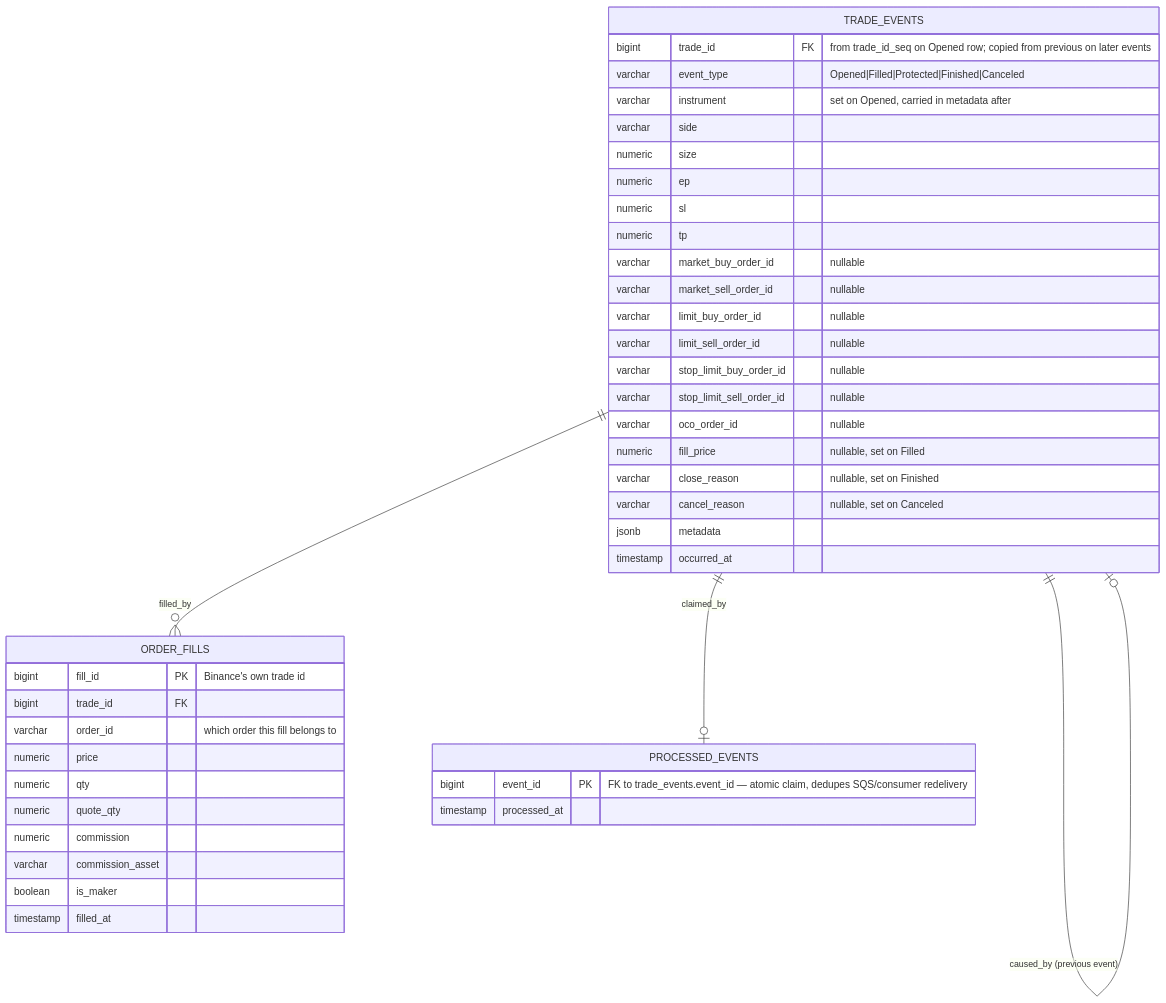
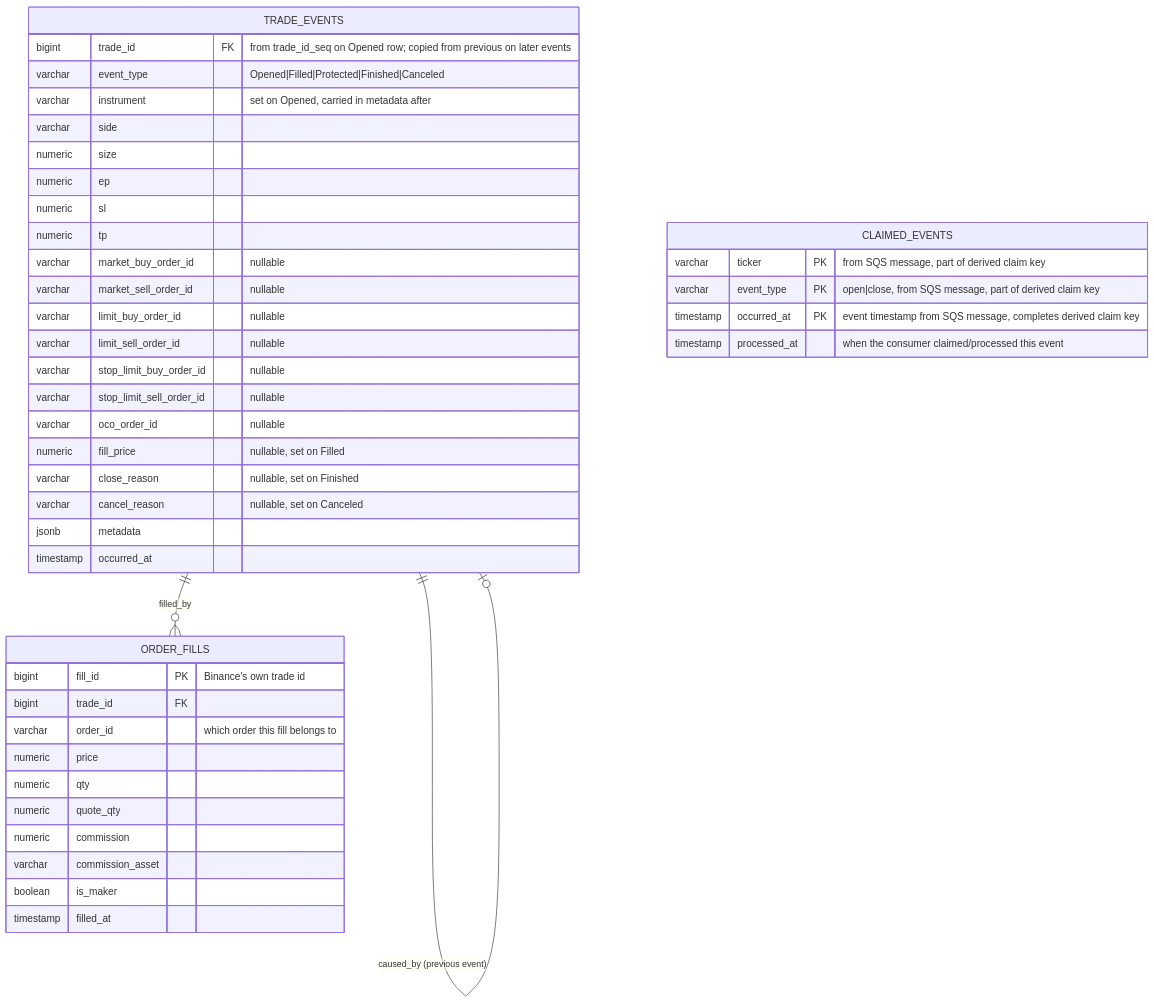
The diagram in Arch/EdgeTrader/TradesEventSourcingER.md (Andy11011/EDGEngine), drawn with Mermaid before and after one commit. The commit also changed 8 other files, not shown here.

Commit message:
Implementing new Main Control Flow - 24

````diff
--- a/Arch/EdgeTrader/TradesEventSourcingER.md
+++ b/Arch/EdgeTrader/TradesEventSourcingER.md
@@ -1,49 +1,49 @@
 ```mermaid
 erDiagram
     TRADE_EVENTS ||--o| TRADE_EVENTS : "caused_by (previous event)"
 
     TRADE_EVENTS {
         bigint trade_id FK "from trade_id_seq on Opened row; copied from previous on later events"
         varchar event_type "Opened|Filled|Protected|Finished|Canceled"
         varchar instrument "set on Opened, carried in metadata after"
         varchar side
         numeric size
         numeric ep
         numeric sl
         numeric tp
         varchar market_buy_order_id "nullable"
         varchar market_sell_order_id "nullable"
         varchar limit_buy_order_id "nullable"
         varchar limit_sell_order_id "nullable"
         varchar stop_limit_buy_order_id "nullable"
         varchar stop_limit_sell_order_id "nullable"
         varchar oco_order_id "nullable"
         numeric fill_price "nullable, set on Filled"
         varchar close_reason "nullable, set on Finished"
         varchar cancel_reason "nullable, set on Canceled"
         jsonb metadata
         timestamp occurred_at
     }
 
     TRADE_EVENTS ||--o{ ORDER_FILLS : "filled_by"
 
     ORDER_FILLS {
         bigint fill_id PK "Binance's own trade id"
         bigint trade_id FK
         varchar order_id "which order this fill belongs to"
         numeric price
         numeric qty
         numeric quote_qty
         numeric commission
         varchar commission_asset
         boolean is_maker
         timestamp filled_at
     }
 
-    TRADE_EVENTS ||--o| PROCESSED_EVENTS : "claimed_by"
-
-    PROCESSED_EVENTS {
-        bigint event_id PK "FK to trade_events.event_id — atomic claim, dedupes SQS/consumer redelivery"
-        timestamp processed_at
+    CLAIMED_EVENTS {
+        varchar ticker PK "from SQS message, part of derived claim key"
+        varchar event_type PK "open|close, from SQS message, part of derived claim key"
+        timestamp occurred_at PK "event timestamp from SQS message, completes derived claim key"
+        timestamp processed_at "when the consumer claimed/processed this event"
     }
 ```
````
